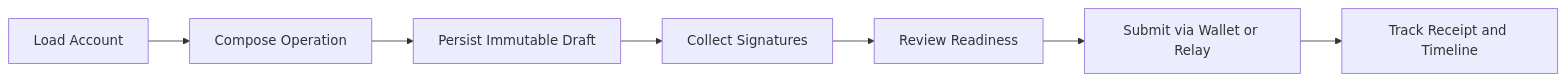
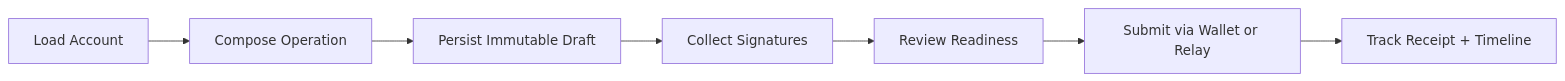
The first of 4 diagrams in frontend/src/assets/docs/workflow.md (r3e-network/neo-os-aa), drawn with Mermaid before and after one commit. The commit also changed other lines of this file and 148 other files, not shown here.

````diff
--- a/frontend/src/assets/docs/workflow.md
+++ b/frontend/src/assets/docs/workflow.md
@@ -40,9 +38,9 @@
 ```mermaid
 flowchart LR
   Load[Load Account] --> Compose[Compose Operation]
   Compose --> Persist[Persist Immutable Draft]
   Persist --> Sign[Collect Signatures]
   Sign --> Review[Review Readiness]
   Review --> Submit[Submit via Wallet or Relay]
-  Submit --> Receipt[Track Receipt and Timeline]
+  Submit --> Receipt[Track Receipt + Timeline]
 ```
````
